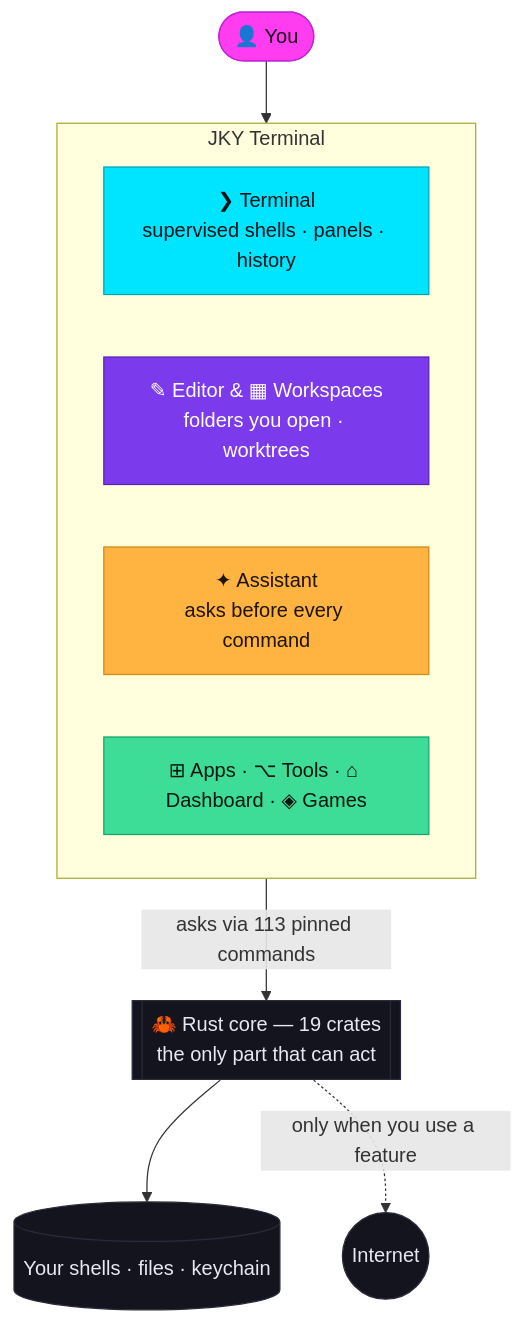
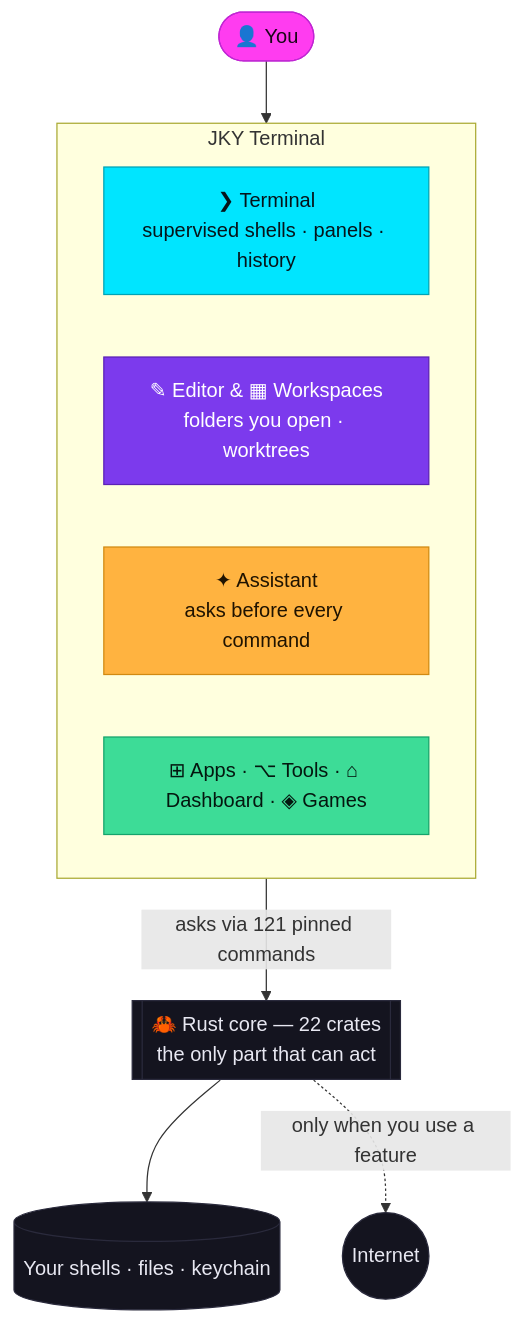
One commit to kartikeyajay2006/jky-terminal changed the second of 2 diagrams in docs/README.md. Above: the diagram before and after it, drawn with Mermaid. The commit also changed other lines of this file and 13 other files, not shown here.

First line of the commit message:
docs: every count is the current one — 22 crates, 121 commands, today's tests

````diff
--- a/docs/README.md
+++ b/docs/README.md
@@ -148,23 +148,23 @@
 ```mermaid
 flowchart TB
     YOU([👤 You]):::magenta
     subgraph APP["JKY Terminal"]
         direction LR
         T["❯ Terminal<br/>supervised shells · panels · history"]:::cyan
         E["✎ Editor & ▦ Workspaces<br/>folders you open · worktrees"]:::violet
         A["✦ Assistant<br/>asks before every command"]:::amber
         X["⊞ Apps · ⌥ Tools · ⌂ Dashboard · ◈ Games"]:::mint
     end
-    R[["🦀 Rust core — 19 crates<br/>the only part that can act"]]:::ink
+    R[["🦀 Rust core — 22 crates<br/>the only part that can act"]]:::ink
     YOU --> APP
-    APP -- "asks via 113 pinned commands" --> R
+    APP -- "asks via 121 pinned commands" --> R
     R --> OS[(Your shells · files · keychain)]:::ink
     R -. "only when you use a feature" .-> NET((Internet)):::ink
 
     classDef ink fill:#14141f,stroke:#2a2a3c,color:#e8e8f2
     classDef cyan fill:#00e5ff,stroke:#00a3b5,color:#06141a
     classDef amber fill:#ffb340,stroke:#d18a12,color:#1f1300
     classDef violet fill:#7c3aed,stroke:#5b21b6,color:#ffffff
     classDef mint fill:#3ddc97,stroke:#15a36b,color:#04170f
     classDef magenta fill:#ff3cf0,stroke:#c026d3,color:#1a0618
 ```
````
